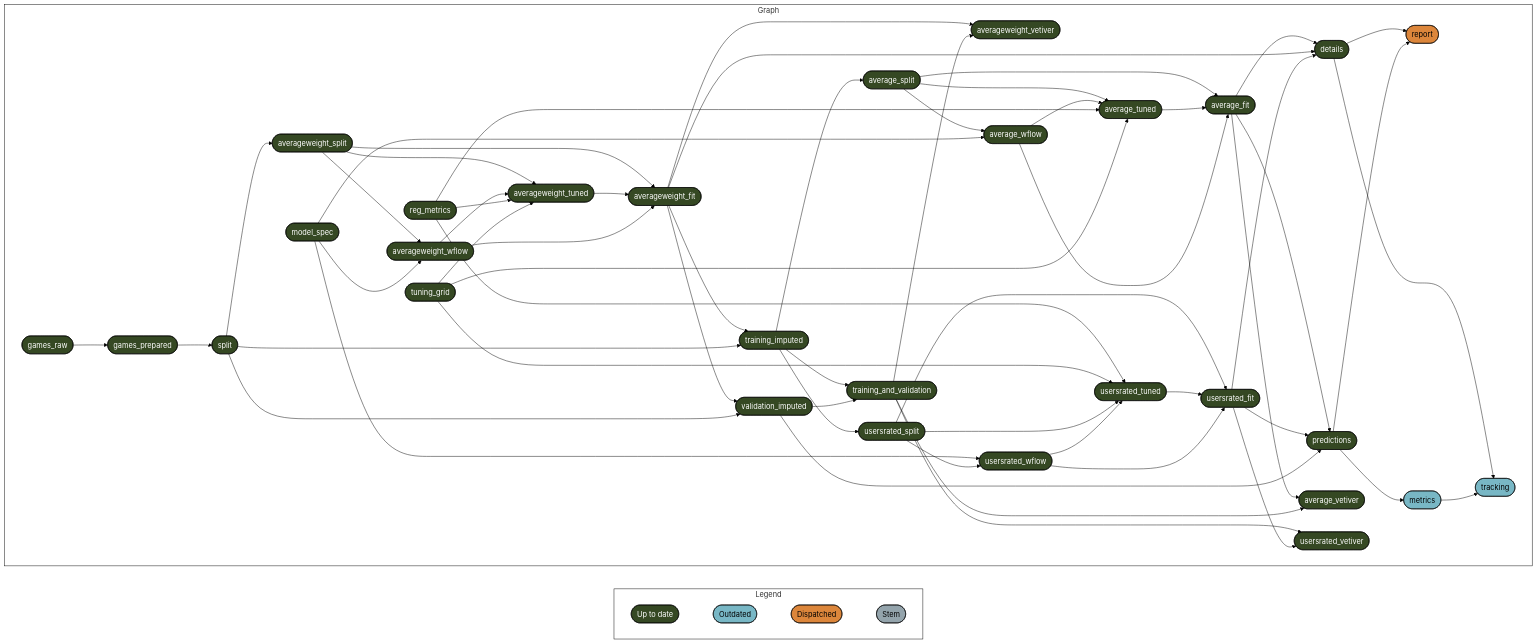
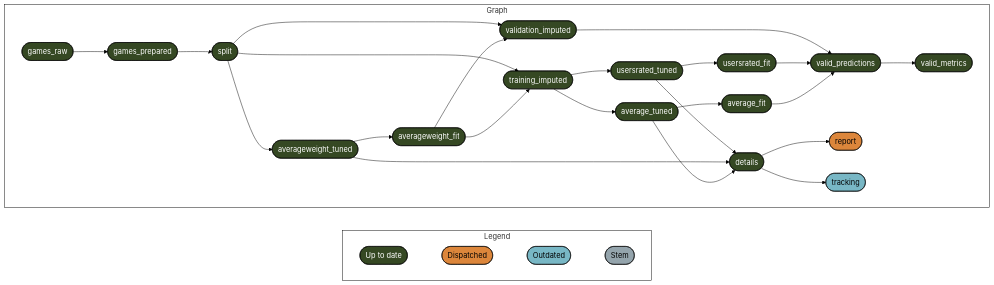
One commit to phenrickson/bgg_models changed the diagram in targets-runs/results.md. Above: the diagram before and after it, drawn with Mermaid (forest theme). The commit also changed other lines of this file and 10 other files, not shown here.

````diff
--- a/targets-runs/results.md
+++ b/targets-runs/results.md
@@ -8,76 +7,42 @@
 ``` mermaid
 graph LR
   style Legend fill:#FFFFFF00,stroke:#000000;
   style Graph fill:#FFFFFF00,stroke:#000000;
   subgraph Legend
     direction LR
-    x7420bd9270f8d27d([""Up to date""]):::uptodate --- x0a52b03877696646([""Outdated""]):::outdated
-    x0a52b03877696646([""Outdated""]):::outdated --- xa8565c104d8f0705([""Dispatched""]):::dispatched
-    xa8565c104d8f0705([""Dispatched""]):::dispatched --- xbf4603d6c2c2ad6b([""Stem""]):::none
+    x7420bd9270f8d27d([""Up to date""]):::uptodate --- xa8565c104d8f0705([""Dispatched""]):::dispatched
+    xa8565c104d8f0705([""Dispatched""]):::dispatched --- x0a52b03877696646([""Outdated""]):::outdated
+    x0a52b03877696646([""Outdated""]):::outdated --- xbf4603d6c2c2ad6b([""Stem""]):::none
   end
   subgraph Graph
     direction LR
-    xe73a0f95bb7c669b(["games_prepared"]):::uptodate --> x6a9d509448f9bd3e(["split"]):::uptodate
-    x0f34a02bd6ed632f(["averageweight_fit"]):::uptodate --> xcbeb0ce109eb5b86(["averageweight_vetiver"]):::uptodate
-    xe5bd2d3c6fdf29ae(["training_and_validation"]):::uptodate --> xcbeb0ce109eb5b86(["averageweight_vetiver"]):::uptodate
-    x170105733f313efa(["training_imputed"]):::uptodate --> x634aca9b773632c4(["usersrated_split"]):::uptodate
-    x47290a9e3258c6f8(["averageweight_split"]):::uptodate --> x0f34a02bd6ed632f(["averageweight_fit"]):::uptodate
     x04d83687468f3fc4(["averageweight_tuned"]):::uptodate --> x0f34a02bd6ed632f(["averageweight_fit"]):::uptodate
-    xa620e5e9c738b77b(["averageweight_wflow"]):::uptodate --> x0f34a02bd6ed632f(["averageweight_fit"]):::uptodate
-    xc0de7cb1ceaaae9a(["average_fit"]):::uptodate --> x45aff652992a023a(["details"]):::uptodate
-    x0f34a02bd6ed632f(["averageweight_fit"]):::uptodate --> x45aff652992a023a(["details"]):::uptodate
-    xd6936e852f1fbe47(["usersrated_fit"]):::uptodate --> x45aff652992a023a(["details"]):::uptodate
-    x170105733f313efa(["training_imputed"]):::uptodate --> xe5bd2d3c6fdf29ae(["training_and_validation"]):::uptodate
-    x60bd72cb3684ce1d(["validation_imputed"]):::uptodate --> xe5bd2d3c6fdf29ae(["training_and_validation"]):::uptodate
-    x5225ac863fffff5b(["model_spec"]):::uptodate --> x2c80a51924a741af(["usersrated_wflow"]):::uptodate
-    x634aca9b773632c4(["usersrated_split"]):::uptodate --> x2c80a51924a741af(["usersrated_wflow"]):::uptodate
-    xc0de7cb1ceaaae9a(["average_fit"]):::uptodate --> xcf910d7efaac5be7(["predictions"]):::uptodate
-    xd6936e852f1fbe47(["usersrated_fit"]):::uptodate --> xcf910d7efaac5be7(["predictions"]):::uptodate
-    x60bd72cb3684ce1d(["validation_imputed"]):::uptodate --> xcf910d7efaac5be7(["predictions"]):::uptodate
-    x634aca9b773632c4(["usersrated_split"]):::uptodate --> xd6936e852f1fbe47(["usersrated_fit"]):::uptodate
-    x8b18f98f2746942f(["usersrated_tuned"]):::uptodate --> xd6936e852f1fbe47(["usersrated_fit"]):::uptodate
-    x2c80a51924a741af(["usersrated_wflow"]):::uptodate --> xd6936e852f1fbe47(["usersrated_fit"]):::uptodate
-    x6a9d509448f9bd3e(["split"]):::uptodate --> x47290a9e3258c6f8(["averageweight_split"]):::uptodate
-    x80752a9437f8f285(["average_split"]):::uptodate --> xc0de7cb1ceaaae9a(["average_fit"]):::uptodate
-    xd0ff2216903615b0(["average_tuned"]):::uptodate --> xc0de7cb1ceaaae9a(["average_fit"]):::uptodate
-    x8d1623556cc14734(["average_wflow"]):::uptodate --> xc0de7cb1ceaaae9a(["average_fit"]):::uptodate
+    x170105733f313efa(["training_imputed"]):::uptodate --> x8b18f98f2746942f(["usersrated_tuned"]):::uptodate
     x2b7f0716b8751c70(["games_raw"]):::uptodate --> xe73a0f95bb7c669b(["games_prepared"]):::uptodate
-    x170105733f313efa(["training_imputed"]):::uptodate --> x80752a9437f8f285(["average_split"]):::uptodate
-    x47290a9e3258c6f8(["averageweight_split"]):::uptodate --> xa620e5e9c738b77b(["averageweight_wflow"]):::uptodate
-    x5225ac863fffff5b(["model_spec"]):::uptodate --> xa620e5e9c738b77b(["averageweight_wflow"]):::uptodate
-    xc0de7cb1ceaaae9a(["average_fit"]):::uptodate --> x1b61a8b8a8b5e6c2(["average_vetiver"]):::uptodate
-    xe5bd2d3c6fdf29ae(["training_and_validation"]):::uptodate --> x1b61a8b8a8b5e6c2(["average_vetiver"]):::uptodate
-    xe5bd2d3c6fdf29ae(["training_and_validation"]):::uptodate --> x156a6ed4485a6769(["usersrated_vetiver"]):::uptodate
-    xd6936e852f1fbe47(["usersrated_fit"]):::uptodate --> x156a6ed4485a6769(["usersrated_vetiver"]):::uptodate
-    x45aff652992a023a(["details"]):::uptodate --> xe0fba61fbc506510(["report"]):::dispatched
-    xcf910d7efaac5be7(["predictions"]):::uptodate --> xe0fba61fbc506510(["report"]):::dispatched
-    x80752a9437f8f285(["average_split"]):::uptodate --> xd0ff2216903615b0(["average_tuned"]):::uptodate
-    x8d1623556cc14734(["average_wflow"]):::uptodate --> xd0ff2216903615b0(["average_tuned"]):::uptodate
-    x65f5ea8ba96b7060(["reg_metrics"]):::uptodate --> xd0ff2216903615b0(["average_tuned"]):::uptodate
-    xa35bb8a740e7efd3(["tuning_grid"]):::uptodate --> xd0ff2216903615b0(["average_tuned"]):::uptodate
     x0f34a02bd6ed632f(["averageweight_fit"]):::uptodate --> x170105733f313efa(["training_imputed"]):::uptodate
     x6a9d509448f9bd3e(["split"]):::uptodate --> x170105733f313efa(["training_imputed"]):::uptodate
+    x32d592eaf8d082e6(["valid_predictions"]):::uptodate --> xc2507955de0caf4e(["valid_metrics"]):::uptodate
+    x45aff652992a023a(["details"]):::uptodate --> xe0fba61fbc506510(["report"]):::dispatched
     x0f34a02bd6ed632f(["averageweight_fit"]):::uptodate --> x60bd72cb3684ce1d(["validation_imputed"]):::uptodate
     x6a9d509448f9bd3e(["split"]):::uptodate --> x60bd72cb3684ce1d(["validation_imputed"]):::uptodate
-    x47290a9e3258c6f8(["averageweight_split"]):::uptodate --> x04d83687468f3fc4(["averageweight_tuned"]):::uptodate
-    xa620e5e9c738b77b(["averageweight_wflow"]):::uptodate --> x04d83687468f3fc4(["averageweight_tuned"]):::uptodate
-    x65f5ea8ba96b7060(["reg_metrics"]):::uptodate --> x04d83687468f3fc4(["averageweight_tuned"]):::uptodate
-    xa35bb8a740e7efd3(["tuning_grid"]):::uptodate --> x04d83687468f3fc4(["averageweight_tuned"]):::uptodate
-    xcf910d7efaac5be7(["predictions"]):::uptodate --> x0c3f7bbc2bd5a2a9(["metrics"]):::outdated
-    x80752a9437f8f285(["average_split"]):::uptodate --> x8d1623556cc14734(["average_wflow"]):::uptodate
-    x5225ac863fffff5b(["model_spec"]):::uptodate --> x8d1623556cc14734(["average_wflow"]):::uptodate
-    x65f5ea8ba96b7060(["reg_metrics"]):::uptodate --> x8b18f98f2746942f(["usersrated_tuned"]):::uptodate
-    xa35bb8a740e7efd3(["tuning_grid"]):::uptodate --> x8b18f98f2746942f(["usersrated_tuned"]):::uptodate
-    x634aca9b773632c4(["usersrated_split"]):::uptodate --> x8b18f98f2746942f(["usersrated_tuned"]):::uptodate
-    x2c80a51924a741af(["usersrated_wflow"]):::uptodate --> x8b18f98f2746942f(["usersrated_tuned"]):::uptodate
+    xe73a0f95bb7c669b(["games_prepared"]):::uptodate --> x6a9d509448f9bd3e(["split"]):::uptodate
+    x170105733f313efa(["training_imputed"]):::uptodate --> xd0ff2216903615b0(["average_tuned"]):::uptodate
+    xd0ff2216903615b0(["average_tuned"]):::uptodate --> xc0de7cb1ceaaae9a(["average_fit"]):::uptodate
+    x6a9d509448f9bd3e(["split"]):::uptodate --> x04d83687468f3fc4(["averageweight_tuned"]):::uptodate
+    xc0de7cb1ceaaae9a(["average_fit"]):::uptodate --> x32d592eaf8d082e6(["valid_predictions"]):::uptodate
+    xd6936e852f1fbe47(["usersrated_fit"]):::uptodate --> x32d592eaf8d082e6(["valid_predictions"]):::uptodate
+    x60bd72cb3684ce1d(["validation_imputed"]):::uptodate --> x32d592eaf8d082e6(["valid_predictions"]):::uptodate
+    x8b18f98f2746942f(["usersrated_tuned"]):::uptodate --> xd6936e852f1fbe47(["usersrated_fit"]):::uptodate
+    xd0ff2216903615b0(["average_tuned"]):::uptodate --> x45aff652992a023a(["details"]):::uptodate
+    x04d83687468f3fc4(["averageweight_tuned"]):::uptodate --> x45aff652992a023a(["details"]):::uptodate
+    x8b18f98f2746942f(["usersrated_tuned"]):::uptodate --> x45aff652992a023a(["details"]):::uptodate
     x45aff652992a023a(["details"]):::uptodate --> x92c9ab88ae1439d1(["tracking"]):::outdated
-    x0c3f7bbc2bd5a2a9(["metrics"]):::outdated --> x92c9ab88ae1439d1(["tracking"]):::outdated
   end
   classDef uptodate stroke:#000000,color:#ffffff,fill:#354823;
+  classDef dispatched stroke:#000000,color:#000000,fill:#DC863B;
   classDef outdated stroke:#000000,color:#000000,fill:#78B7C5;
-  classDef dispatched stroke:#000000,color:#000000,fill:#DC863B;
   classDef none stroke:#000000,color:#000000,fill:#94a4ac;
   linkStyle 0 stroke-width:0px;
   linkStyle 1 stroke-width:0px;
   linkStyle 2 stroke-width:0px;
 ```
````
